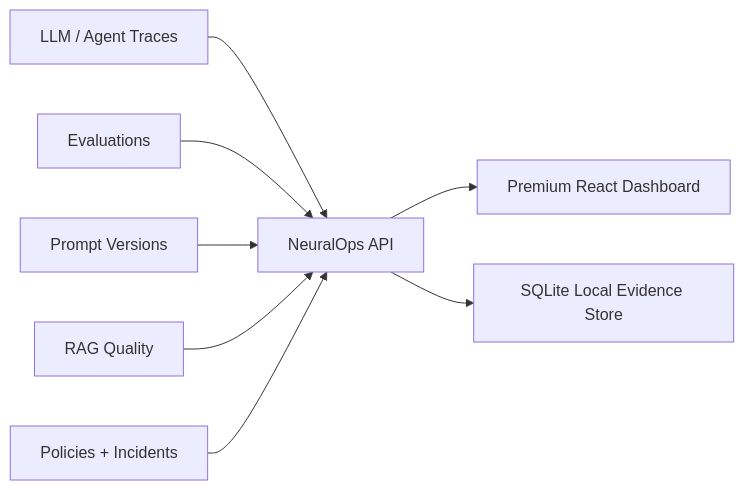
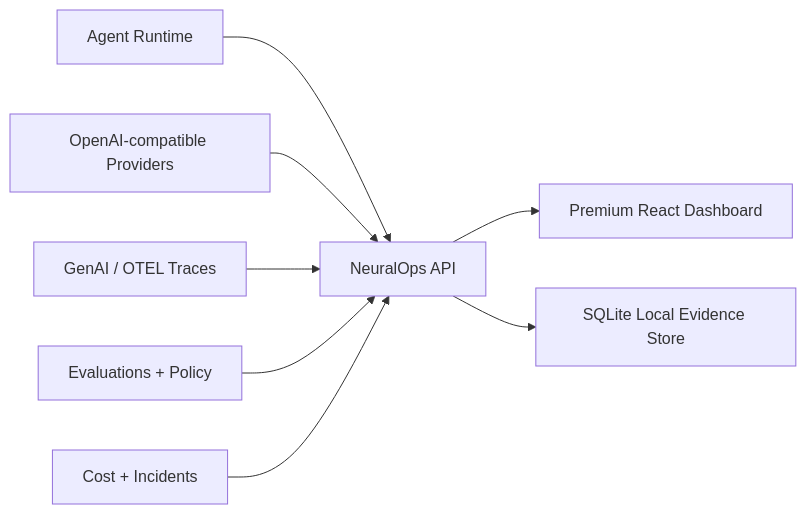
Before and after one commit to Gowrav-M/neuralops-platform: the diagram in README.md, drawn with Mermaid. The commit also changed other lines of this file and 10 other files, not shown here.

Commit message:
feat: add agent runtime studio

````diff
--- a/README.md
+++ b/README.md
@@ -13,10 +15,10 @@
 ```mermaid
 flowchart LR
-  A["LLM / Agent Traces"] --> F["NeuralOps API"]
-  B["Evaluations"] --> F
-  C["Prompt Versions"] --> F
-  D["RAG Quality"] --> F
-  E["Policies + Incidents"] --> F
+  A["Agent Runtime"] --> F["NeuralOps API"]
+  B["OpenAI-compatible Providers"] --> F
+  C["GenAI / OTEL Traces"] --> F
+  D["Evaluations + Policy"] --> F
+  E["Cost + Incidents"] --> F
   F --> G["Premium React Dashboard"]
   F --> H["SQLite Local Evidence Store"]
 ```
````
